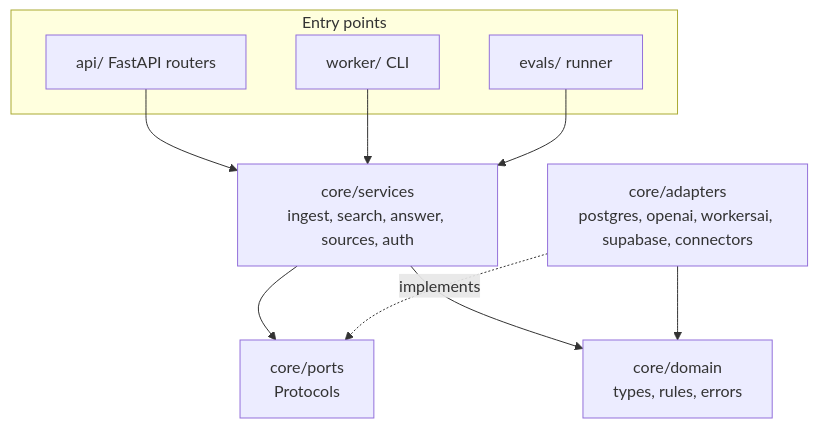
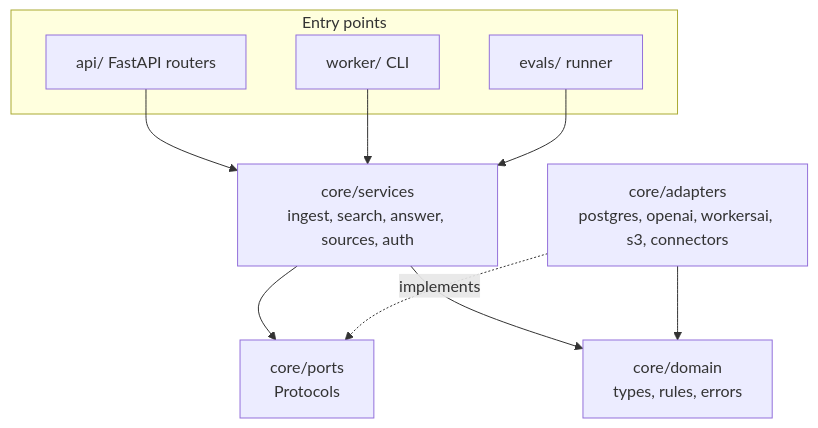
One commit to what-the-sherlock/Slate changed the second of 3 diagrams in docs/ARCHITECTURE.md. Above: the diagram before and after it, drawn with Mermaid. The commit also changed other lines of this file and 34 other files, not shown here.

````diff
--- a/docs/ARCHITECTURE.md
+++ b/docs/ARCHITECTURE.md
@@ -36,19 +36,19 @@
 ```mermaid
 flowchart TB
   subgraph entry[Entry points]
     api[api/ FastAPI routers]
     worker[worker/ CLI]
     evals[evals/ runner]
   end
   services[core/services<br/>ingest, search, answer, sources, auth]
   ports[core/ports<br/>Protocols]
   domain[core/domain<br/>types, rules, errors]
-  adapters[core/adapters<br/>postgres, openai, workersai, supabase, connectors]
+  adapters[core/adapters<br/>postgres, openai, workersai, s3, connectors]
   api --> services
   worker --> services
   evals --> services
   services --> ports
   services --> domain
   adapters -. implements .-> ports
   adapters --> domain
 ```
````
